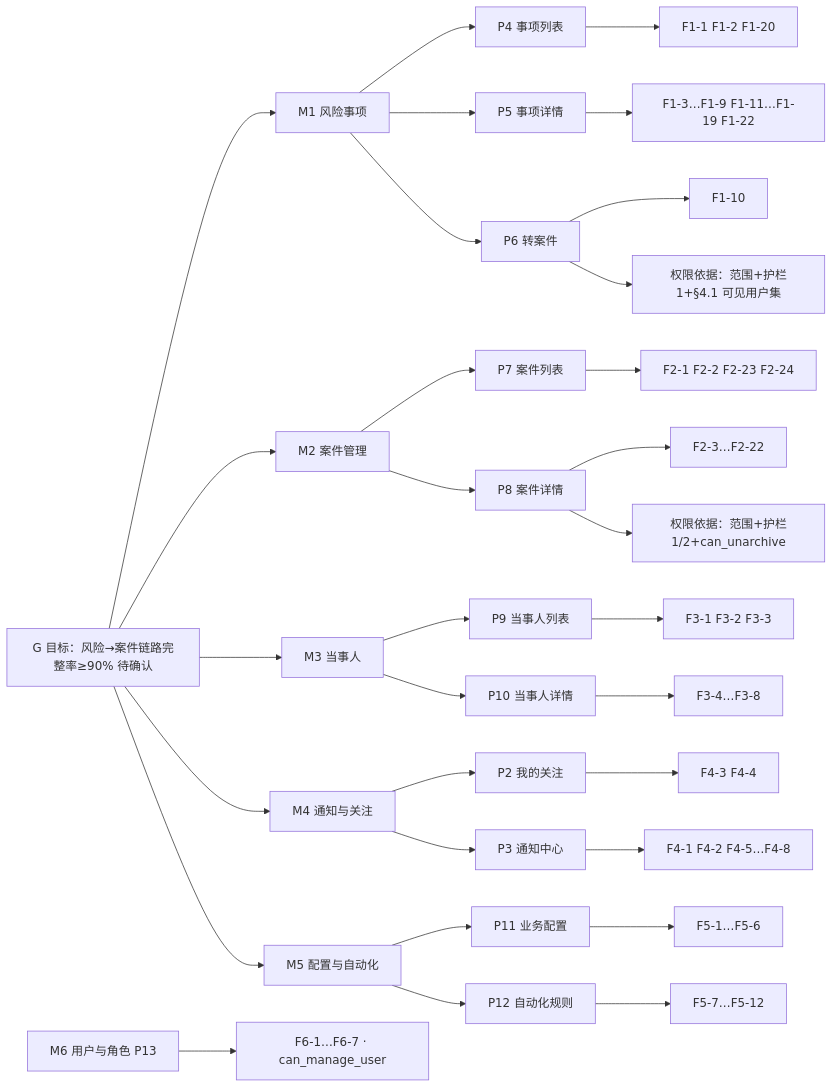
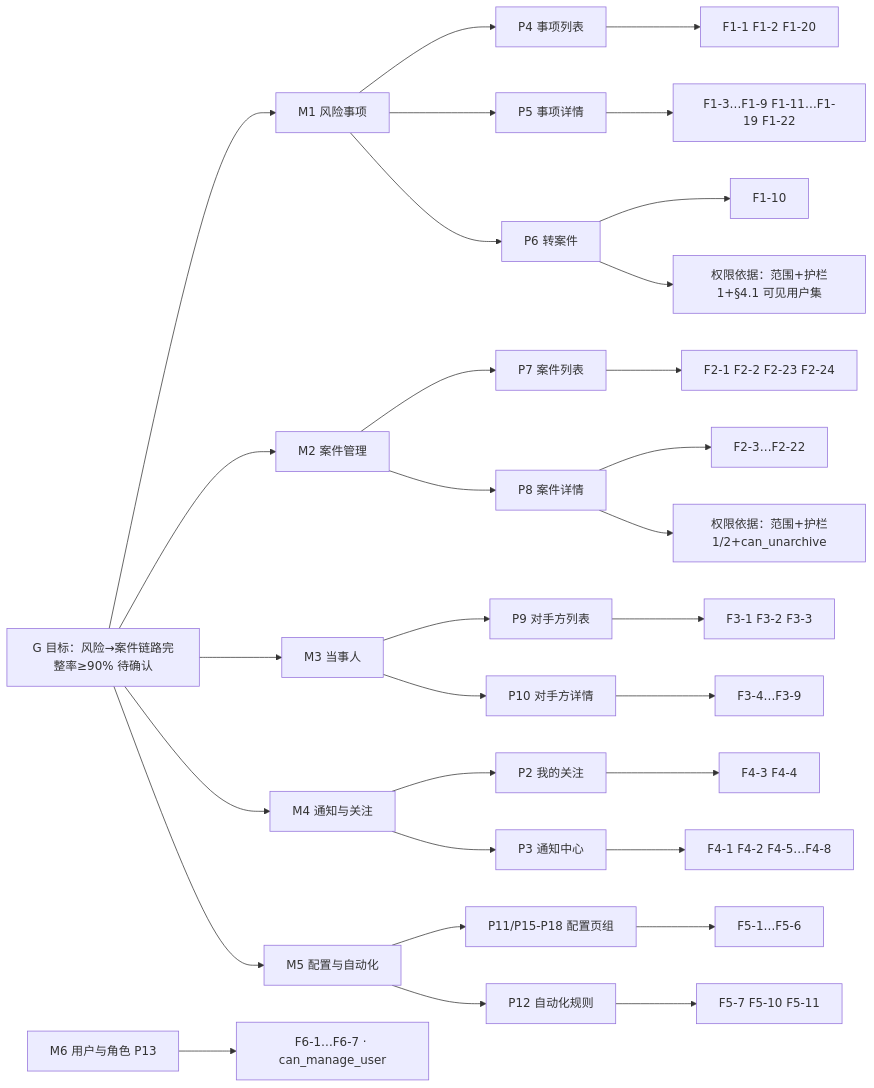
Before and after one commit to PhinnPeng/MatterNest: the second of 2 diagrams in docs/PRD-phase1-master.md, drawn with Mermaid. The commit also changed other lines of this file and 16 other files, not shown here.

First line of the commit message:
docs(prd): 意图对齐 V9 回写——企业当事方口径并入六件规格

````diff
--- a/docs/PRD-phase1-master.md
+++ b/docs/PRD-phase1-master.md
@@ -391,22 +422,22 @@
 ```mermaid
 flowchart LR
   G[G 目标：风险→案件链路完整率≥90% 待确认] --> M1[M1 风险事项]
   G --> M2[M2 案件管理]
   G --> M3[M3 当事人]
   G --> M4[M4 通知与关注]
   G --> M5[M5 配置与自动化]
   M1 --> P4[P4 事项列表] --> F1a[F1-1 F1-2 F1-20]
   M1 --> P5[P5 事项详情] --> F1b[F1-3…F1-9 F1-11…F1-19 F1-22]
   M1 --> P6[P6 转案件] --> F1c[F1-10]
   M2 --> P7[P7 案件列表] --> F2a[F2-1 F2-2 F2-23 F2-24]
   M2 --> P8[P8 案件详情] --> F2b[F2-3…F2-22]
-  M3 --> P9[P9 当事人列表] --> F3a[F3-1 F3-2 F3-3]
-  M3 --> P10[P10 当事人详情] --> F3b[F3-4…F3-8]
+  M3 --> P9[P9 对手方列表] --> F3a[F3-1 F3-2 F3-3]
+  M3 --> P10[P10 对手方详情] --> F3b[F3-4…F3-9]
   M4 --> P2[P2 我的关注] --> F4a[F4-3 F4-4]
   M4 --> P3[P3 通知中心] --> F4b[F4-1 F4-2 F4-5…F4-8]
-  M5 --> P11[P11 业务配置] --> F5a[F5-1…F5-6]
-  M5 --> P12[P12 自动化规则] --> F5b[F5-7…F5-12]
+  M5 --> P11[P11/P15-P18 配置页组] --> F5a[F5-1…F5-6]
+  M5 --> P12[P12 自动化规则] --> F5b[F5-7 F5-10 F5-11]
   P6 --> PR[权限依据：范围+护栏1+§4.1 可见用户集]
   P8 --> PR2[权限依据：范围+护栏1/2+can_unarchive]
   P13[M6 用户与角色 P13] --> F6[F6-1…F6-7 · can_manage_user]
 ```
````
